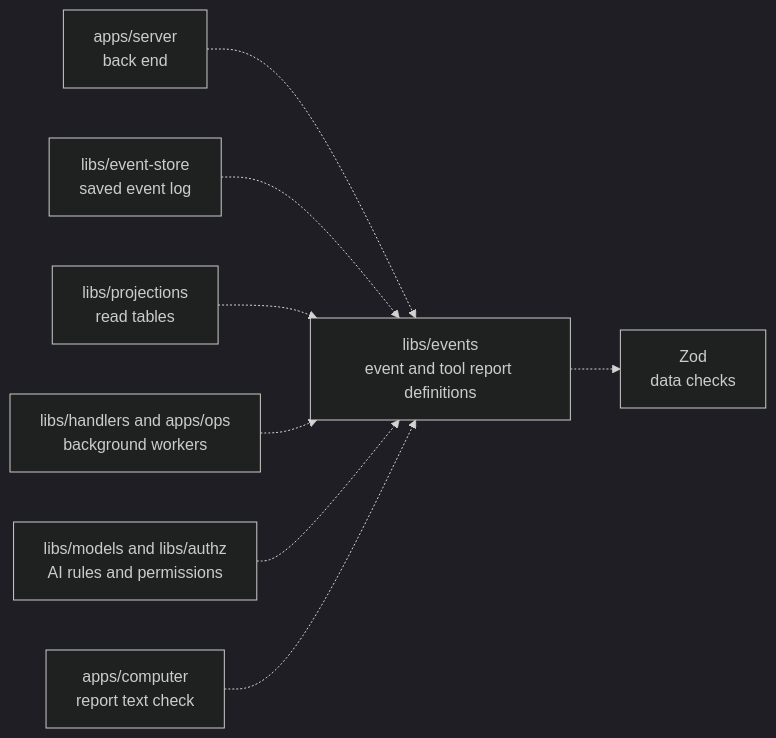
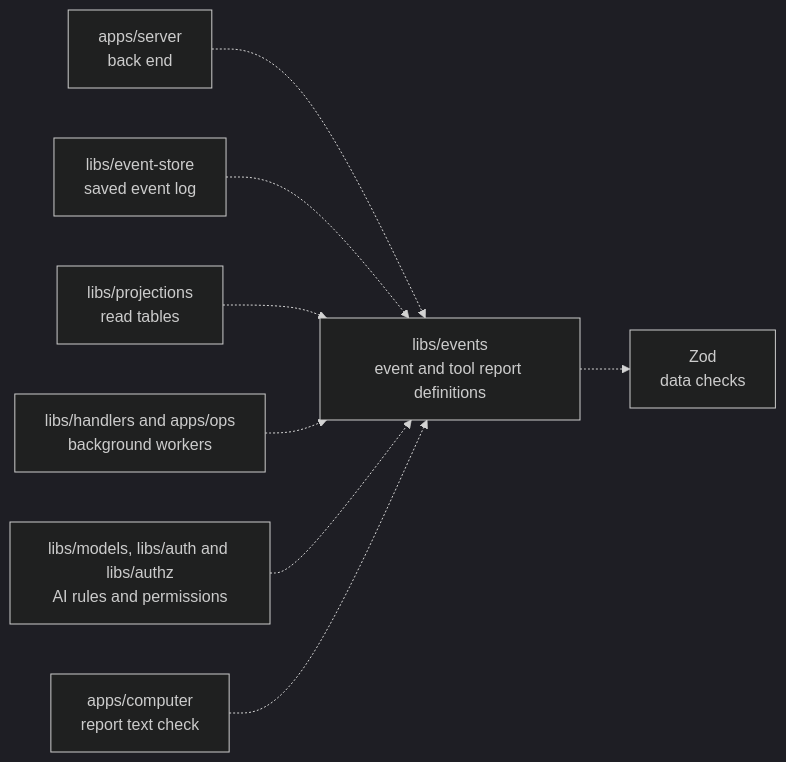
Before and after one commit to elewa-git/opencrane-new: the diagram in libs/events/README.md, drawn with Mermaid (dark theme). The commit also changed other lines of this file and 27 other files, not shown here.

````diff
--- a/libs/events/README.md
+++ b/libs/events/README.md
@@ -22,10 +22,10 @@
 ```mermaid
 flowchart LR
   server["apps/server<br/>back end"] -.-> events["libs/events<br/>event and tool report definitions"]
   store["libs/event-store<br/>saved event log"] -.-> events
   projections["libs/projections<br/>read tables"] -.-> events
   workers["libs/handlers and apps/ops<br/>background workers"] -.-> events
-  others["libs/models and libs/authz<br/>AI rules and permissions"] -.-> events
+  others["libs/models, libs/auth and libs/authz<br/>AI rules and permissions"] -.-> events
   computer["apps/computer<br/>report text check"] -.-> events
   events -.-> zod["Zod<br/>data checks"]
 ```
````
